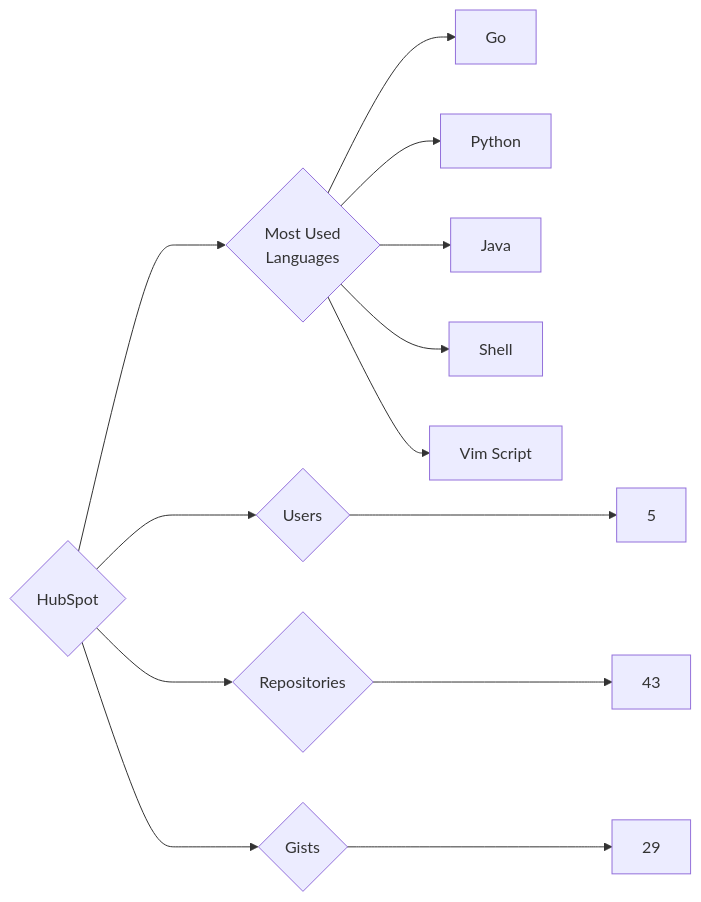
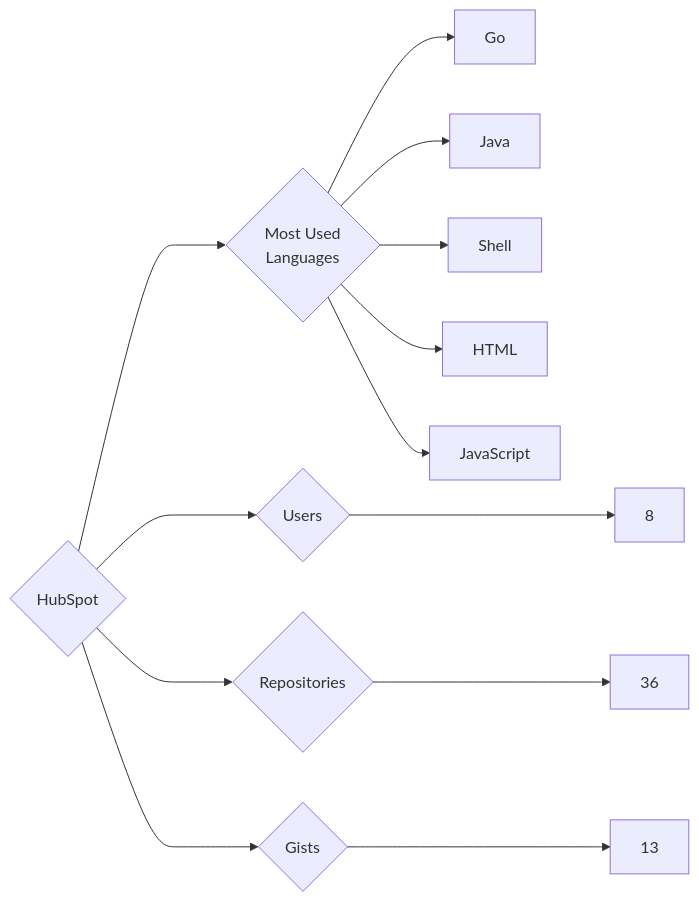
Before and after one commit to trickest/insiders: the diagram in targets/HubSpot/README.md, drawn with Mermaid. The commit also changed 988 other files, not shown here.

````diff
--- a/targets/HubSpot/README.md
+++ b/targets/HubSpot/README.md
@@ -3,13 +3,13 @@
 ```mermaid
 graph LR
 COMPANY_NAME{HubSpot}
-COMPANY_NAME ---> U{Users} ---> UN[5]
-COMPANY_NAME ---> R{Repositories} ---> RN[43]
-COMPANY_NAME ---> G{Gists} ---> GN[29]
+COMPANY_NAME ---> U{Users} ---> UN[8]
+COMPANY_NAME ---> R{Repositories} ---> RN[36]
+COMPANY_NAME ---> G{Gists} ---> GN[13]
 COMPANY_NAME ---> ML{Most Used<br>Languages}
 ML --> Go[Go]
-ML --> Python[Python]
 ML --> Java[Java]
 ML --> Shell[Shell]
-ML --> Vim_Script[Vim Script]
+ML --> HTML[HTML]
+ML --> JavaScript[JavaScript]
 ```
````
